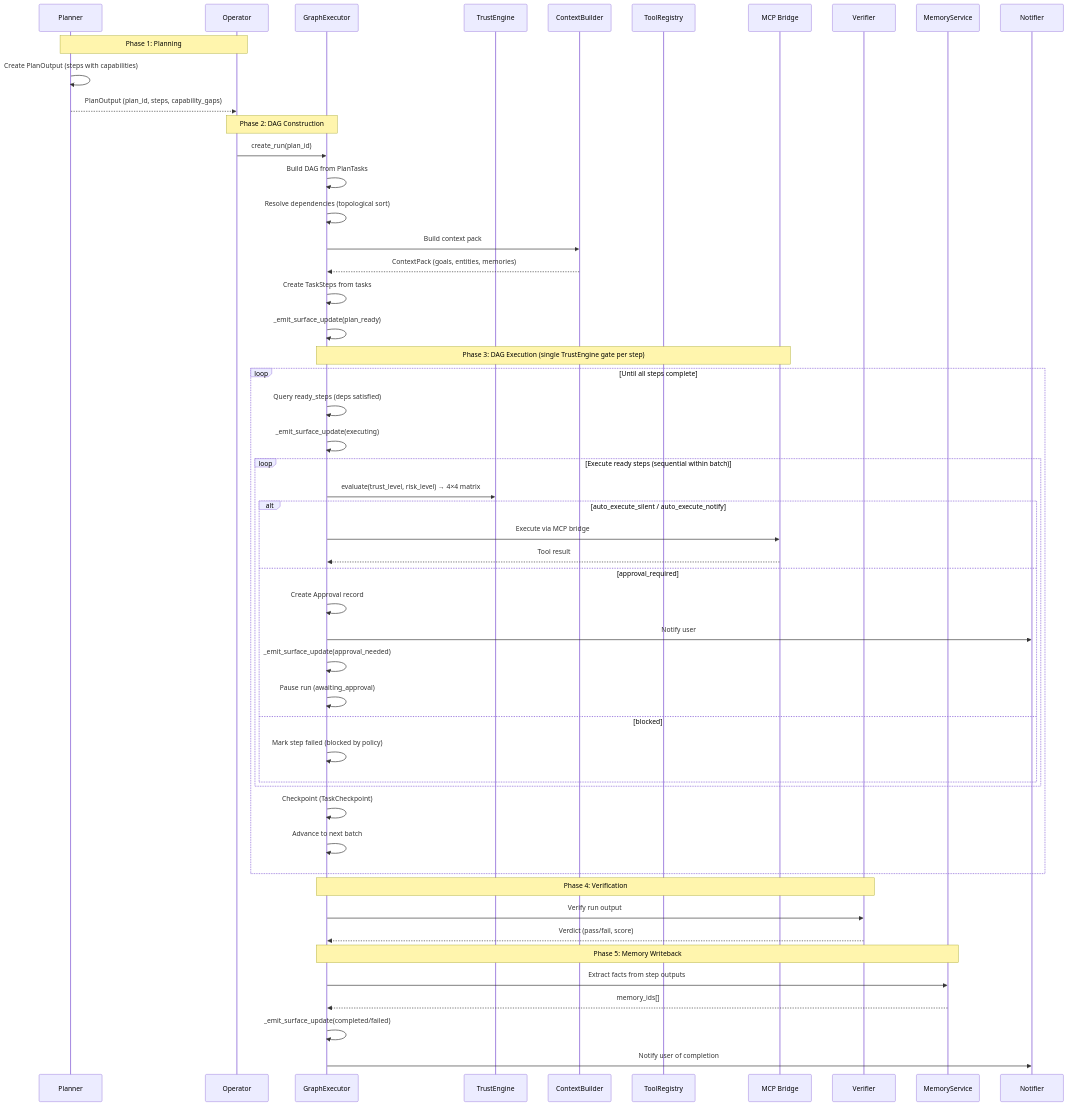
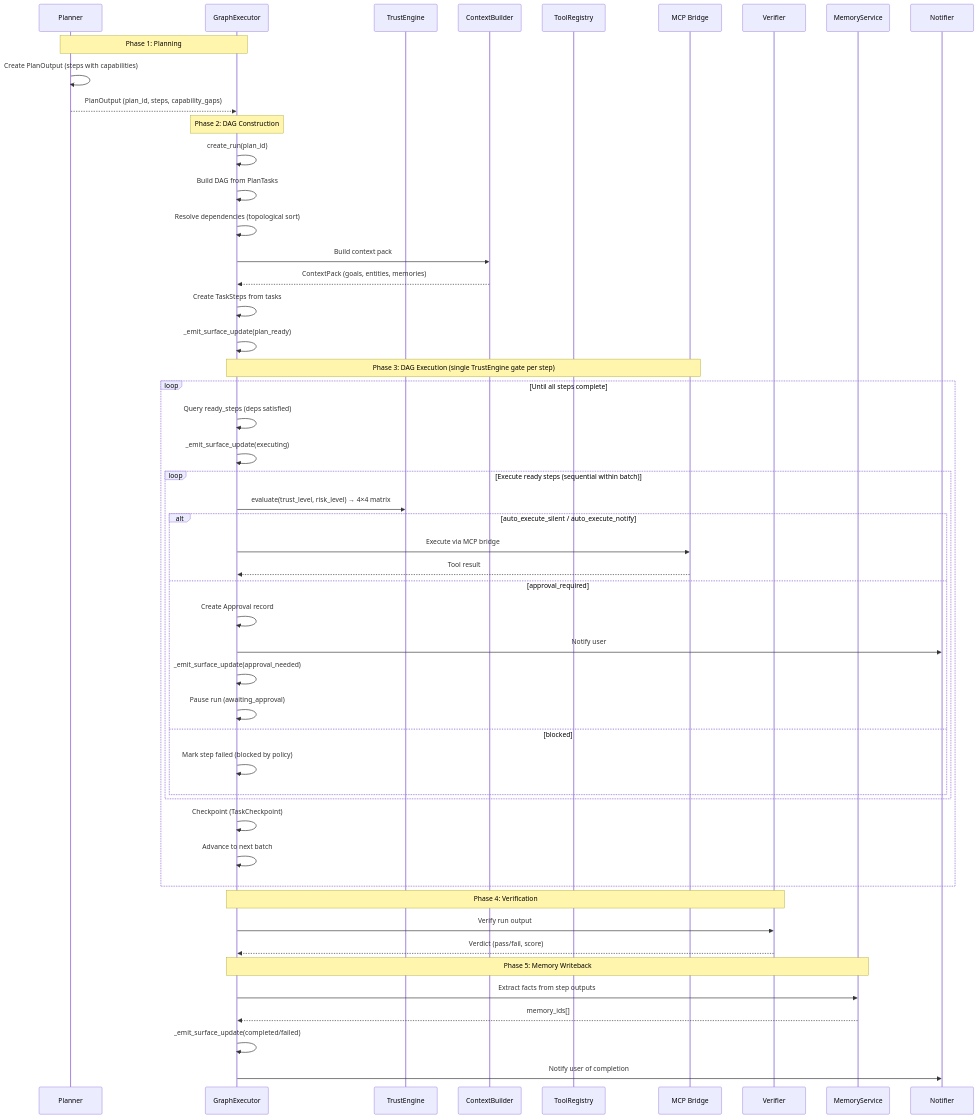
The first of 3 diagrams in docs/architecture/execution.md (shivadharmi/muldro), drawn with Mermaid before and after one commit. The commit also changed other lines of this file and 14 other files, not shown here.

First line of the commit message:
docs: sync durable architecture docs with post-rebuild code

````diff
--- a/docs/architecture/execution.md
+++ b/docs/architecture/execution.md
@@ -5,61 +5,60 @@
 ```mermaid
 sequenceDiagram
     participant PL as Planner
-    participant OP as Operator
     participant GE as GraphExecutor
     participant TE as TrustEngine
     participant CB as ContextBuilder
     participant TR as ToolRegistry
     participant MCP as MCP Bridge
     participant VER as Verifier
     participant MS as MemoryService
     participant NT as Notifier
 
-    Note over PL,OP: Phase 1: Planning
+    Note over PL,GE: Phase 1: Planning
     PL->>PL: Create PlanOutput (steps with capabilities)
-    PL-->>OP: PlanOutput (plan_id, steps, capability_gaps)
+    PL-->>GE: PlanOutput (plan_id, steps, capability_gaps)
 
-    Note over OP,GE: Phase 2: DAG Construction
-    OP->>GE: create_run(plan_id)
+    Note over GE,GE: Phase 2: DAG Construction
+    GE->>GE: create_run(plan_id)
     GE->>GE: Build DAG from PlanTasks
     GE->>GE: Resolve dependencies (topological sort)
     GE->>CB: Build context pack
     CB-->>GE: ContextPack (goals, entities, memories)
     GE->>GE: Create TaskSteps from tasks
     GE->>GE: _emit_surface_update(plan_ready)
 
     Note over GE,MCP: Phase 3: DAG Execution (single TrustEngine gate per step)
     loop Until all steps complete
         GE->>GE: Query ready_steps (deps satisfied)
         GE->>GE: _emit_surface_update(executing)
 
         loop Execute ready steps (sequential within batch)
             GE->>TE: evaluate(trust_level, risk_level) → 4×4 matrix
             alt auto_execute_silent / auto_execute_notify
                 GE->>MCP: Execute via MCP bridge
                 MCP-->>GE: Tool result
             else approval_required
                 GE->>GE: Create Approval record
                 GE->>NT: Notify user
                 GE->>GE: _emit_surface_update(approval_needed)
                 GE->>GE: Pause run (awaiting_approval)
             else blocked
                 GE->>GE: Mark step failed (blocked by policy)
             end
         end
 
         GE->>GE: Checkpoint (TaskCheckpoint)
         GE->>GE: Advance to next batch
     end
 
     Note over GE,VER: Phase 4: Verification
     GE->>VER: Verify run output
     VER-->>GE: Verdict (pass/fail, score)
 
     Note over GE,MS: Phase 5: Memory Writeback
     GE->>MS: Extract facts from step outputs
     MS-->>GE: memory_ids[]
 
     GE->>GE: _emit_surface_update(completed/failed)
     GE->>NT: Notify user of completion
 ```
````
